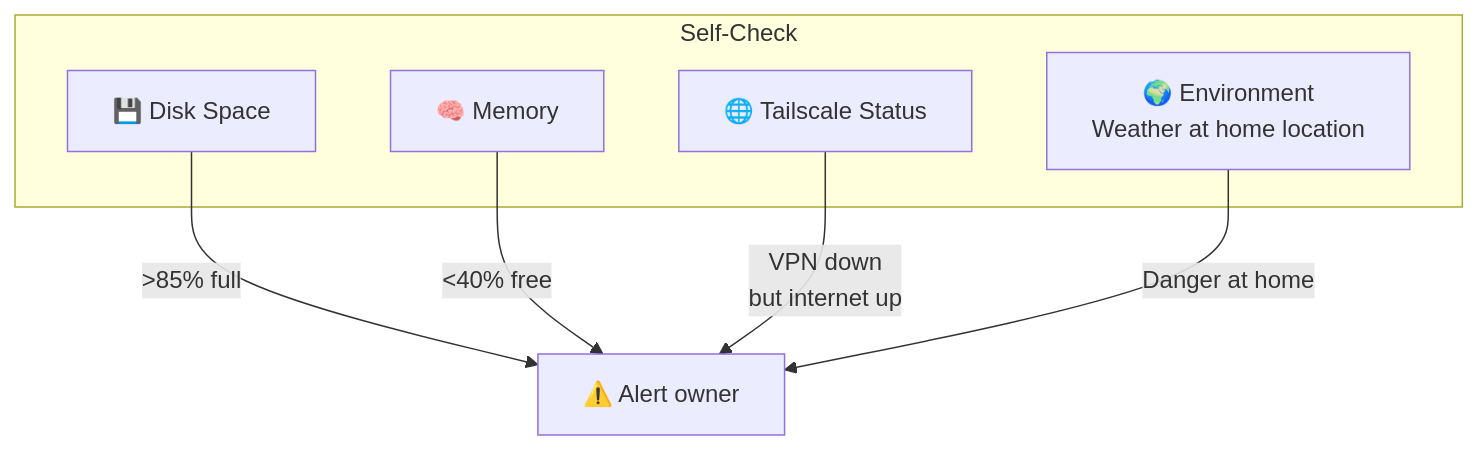
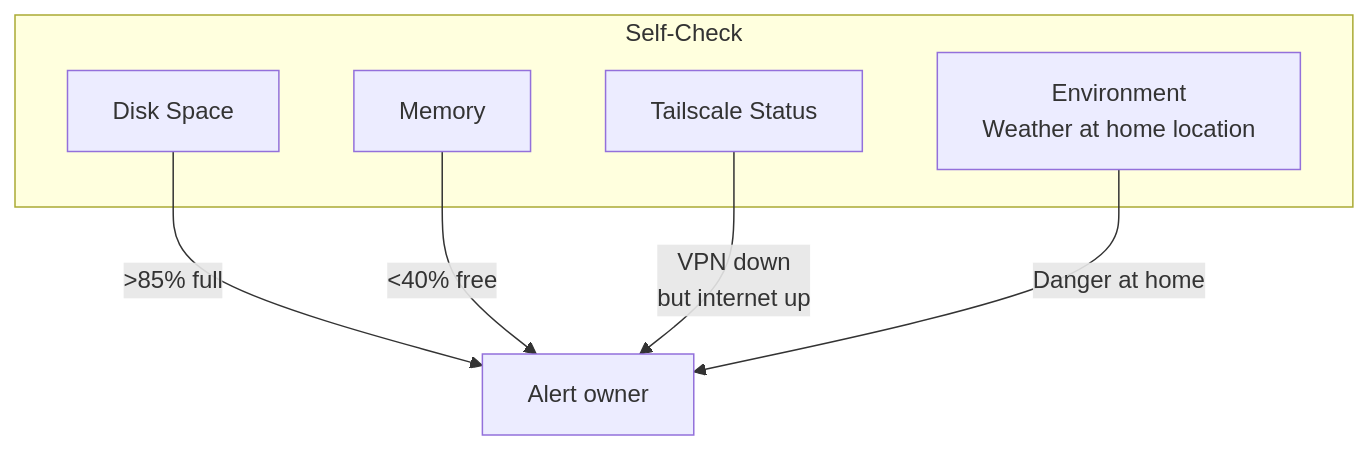
One commit to Dawgomatic/Xagent changed the fifth of 5 diagrams in skills/skills/sidu/location-safety-skill/README.md. Above: the diagram before and after it, drawn with Mermaid. The commit also changed other lines of this file and 18009 other files, not shown here.

````diff
--- a/skills/skills/sidu/location-safety-skill/README.md
+++ b/skills/skills/sidu/location-safety-skill/README.md
@@ -128,14 +128,14 @@
 ```mermaid
 graph TB
     subgraph "Self-Check"
-        DISK[💾 Disk Space]
-        MEM[🧠 Memory]
-        NET[🌐 Tailscale Status]
-        ENV[🌍 Environment<br/>Weather at home location]
+        DISK[ Disk Space]
+        MEM[ Memory]
+        NET[ Tailscale Status]
+        ENV[ Environment<br/>Weather at home location]
     end
     
-    DISK -->|>85% full| WARN[⚠️ Alert owner]
+    DISK -->|>85% full| WARN[ Alert owner]
     MEM -->|<40% free| WARN
     NET -->|VPN down<br/>but internet up| WARN
     ENV -->|Danger at home| WARN
 ```
````
